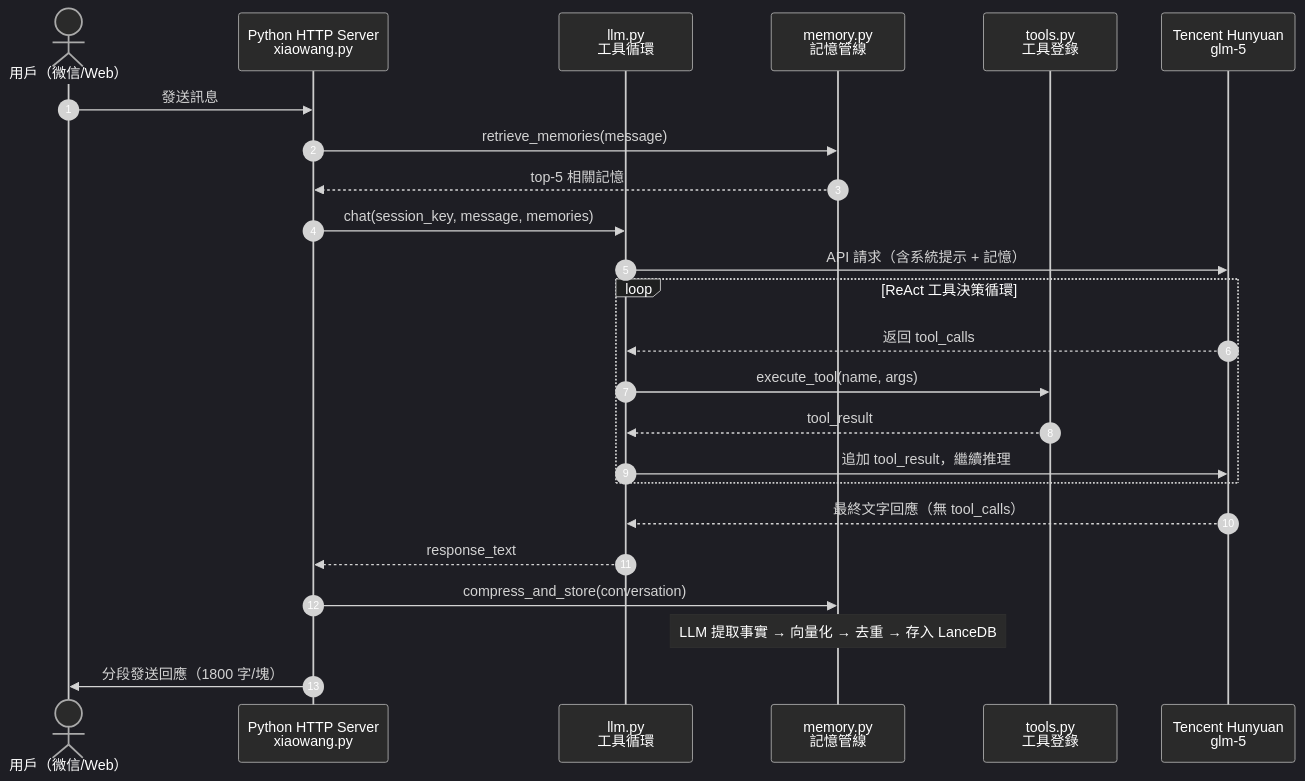
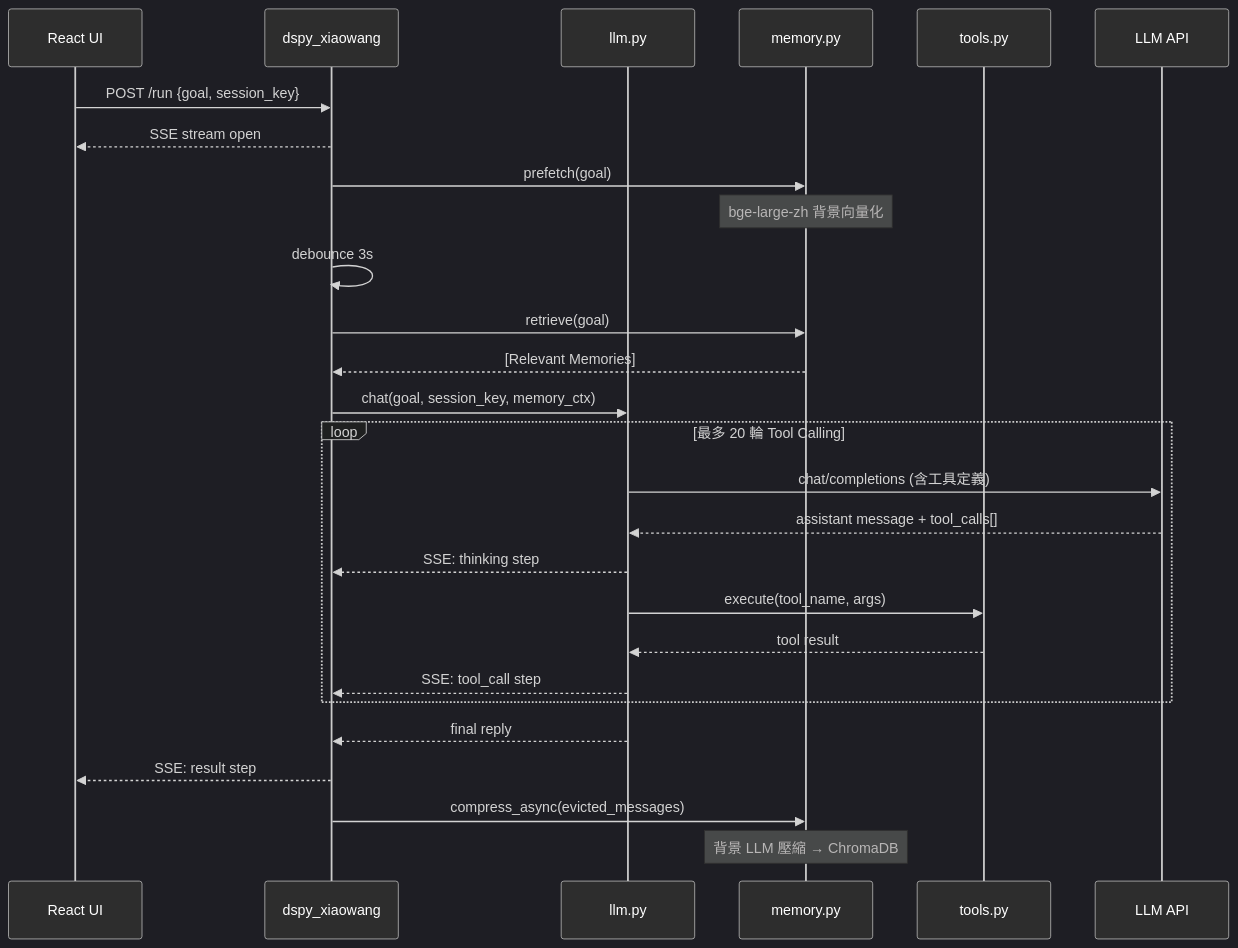
Before and after one commit to DanyLeeTW/dspy-office: the fourth of 5 diagrams in 系統架構分析報告.md, drawn with Mermaid. The commit also changed other lines of this file and 15 other files, not shown here.

````diff
--- a/系統架構分析報告.md
+++ b/系統架構分析報告.md
@@ -189,57 +200,51 @@
 ```mermaid
 %%{init: {
   'theme': 'dark',
   'themeVariables': {
-    'primaryColor': '#464040f8',
+    'primaryColor': '#2d2d2d',
     'primaryTextColor': '#ffffff',
-    'primaryBorderColor': '#ffffff',
-    'lineColor': '#ffffff',
-    'secondaryColor': '#3a3a3a',
-    'tertiaryColor': '#2a2a2a',
-    'noteBkgColor': '#2a2a2a',
-    'noteTextColor': '#ffffff',
-    'actorBkg': '#2a2a2a',
+    'primaryBorderColor': '#aaaaaa',
+    'lineColor': '#cccccc',
+    'actorBkg': '#2d2d2d',
     'actorTextColor': '#ffffff',
     'actorBorder': '#aaaaaa',
-    'messageColor': '#ffffff',
-    'messageTextColor': '#ffffff',
-    'labelTextColor': '#ffffff',
-    'loopTextColor': '#ffffff',
+    'messageColor': '#cccccc',
     'textColor': '#ffffff',
-    'activationBkgColor': '#464040f8',
-    'sequenceNumberColor': '#ffffff',
+    'activationBkgColor': '#464646',
     'fontSize': '15px',
     'fontFamily': 'ui-sans-serif, system-ui, sans-serif'
   }
 }}%%
 sequenceDiagram
-    autonumber
-    actor User as 用戶（微信/Web）
-    participant Server as Python HTTP Server<br/>xiaowang.py
-    participant LLM_mod as llm.py<br/>工具循環
-    participant Mem as memory.py<br/>記憶管線
-    participant Tools as tools.py<br/>工具登錄
-    participant TLLM as Tencent Hunyuan<br/>glm-5
+    participant UI as React UI
+    participant XW as dspy_xiaowang
+    participant LLM as llm.py
+    participant MEM as memory.py
+    participant TOOLS as tools.py
+    participant API as LLM API
 
-    User->>Server: 發送訊息
-    Server->>Mem: retrieve_memories(message)
-    Mem-->>Server: top-5 相關記憶
+    UI->>XW: POST /run {goal, session_key}
+    XW-->>UI: SSE stream open
+    XW->>MEM: prefetch(goal)
+    Note over MEM: bge-large-zh 背景向量化
 
-    Server->>LLM_mod: chat(session_key, message, memories)
-    LLM_mod->>TLLM: API 請求（含系統提示 + 記憶）
+    XW->>XW: debounce 3s
+    XW->>MEM: retrieve(goal)
+    MEM-->>XW: [Relevant Memories]
 
-    loop ReAct 工具決策循環
-        TLLM-->>LLM_mod: 返回 tool_calls
-        LLM_mod->>Tools: execute_tool(name, args)
-        Tools-->>LLM_mod: tool_result
-        LLM_mod->>TLLM: 追加 tool_result，繼續推理
+    XW->>LLM: chat(goal, session_key, memory_ctx)
+
+    loop 最多 20 輪 Tool Calling
+        LLM->>API: chat/completions (含工具定義)
+        API-->>LLM: assistant message + tool_calls[]
+        LLM-->>XW: SSE: thinking step
+        LLM->>TOOLS: execute(tool_name, args)
+        TOOLS-->>LLM: tool result
+        LLM-->>XW: SSE: tool_call step
     end
 
-    TLLM-->>LLM_mod: 最終文字回應（無 tool_calls）
-    LLM_mod-->>Server: response_text
-
-    Server->>Mem: compress_and_store(conversation)
-    Note over Mem: LLM 提取事實 → 向量化 → 去重 → 存入 LanceDB
-
-    Server->>User: 分段發送回應（1800 字/塊）
+    LLM-->>XW: final reply
+    XW-->>UI: SSE: result step
+    XW->>MEM: compress_async(evicted_messages)
+    Note over MEM: 背景 LLM 壓縮 → ChromaDB
 ```
````
